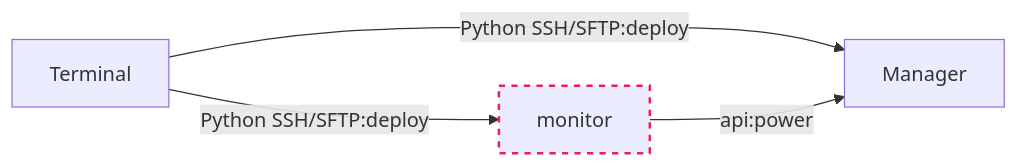
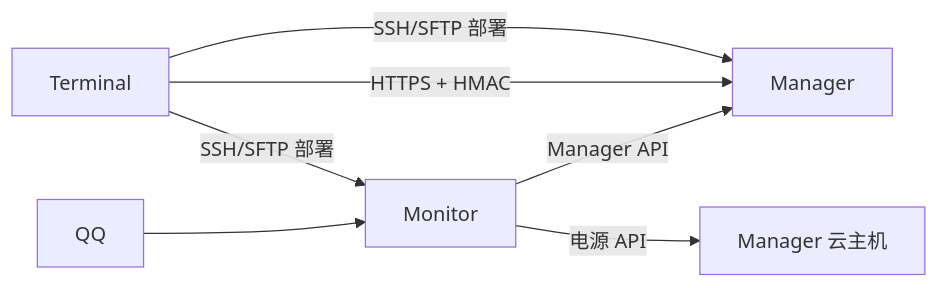
The diagram in readme.md (TunArund/MC-ServerPack), drawn with Mermaid before and after one commit. The commit also changed other lines of this file and 75 other files, not shown here.

Commit message:
refactor manager and monitor runtimes

````diff
--- a/readme.md
+++ b/readme.md
@@ -6,9 +6,9 @@
 ```mermaid
 flowchart LR
-  T[Terminal] -->|Python SSH/SFTP:deploy| M[Manager]
-  T -->|Python SSH/SFTP:deploy| G[monitor]
-  G -->|api:power| M
-
-  classDef dashed stroke-dasharray:5 5,stroke:#e91e63,stroke-width:2px;
-  class G dashed;
+  T[Terminal] -->|SSH/SFTP 部署| M[Manager]
+  T -->|HTTPS + HMAC| M
+  T -->|SSH/SFTP 部署| N[Monitor]
+  N -->|电源 API| C[Manager 云主机]
+  N -->|Manager API| M
+  Q[QQ] --> N
 ```
````
